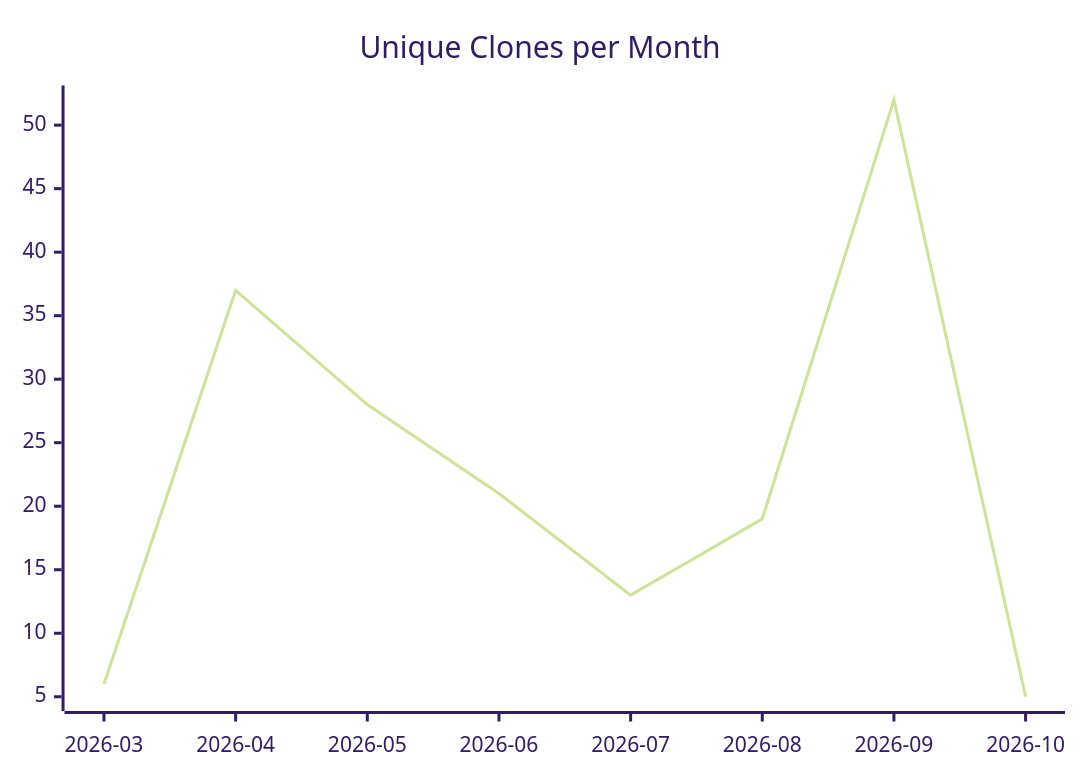
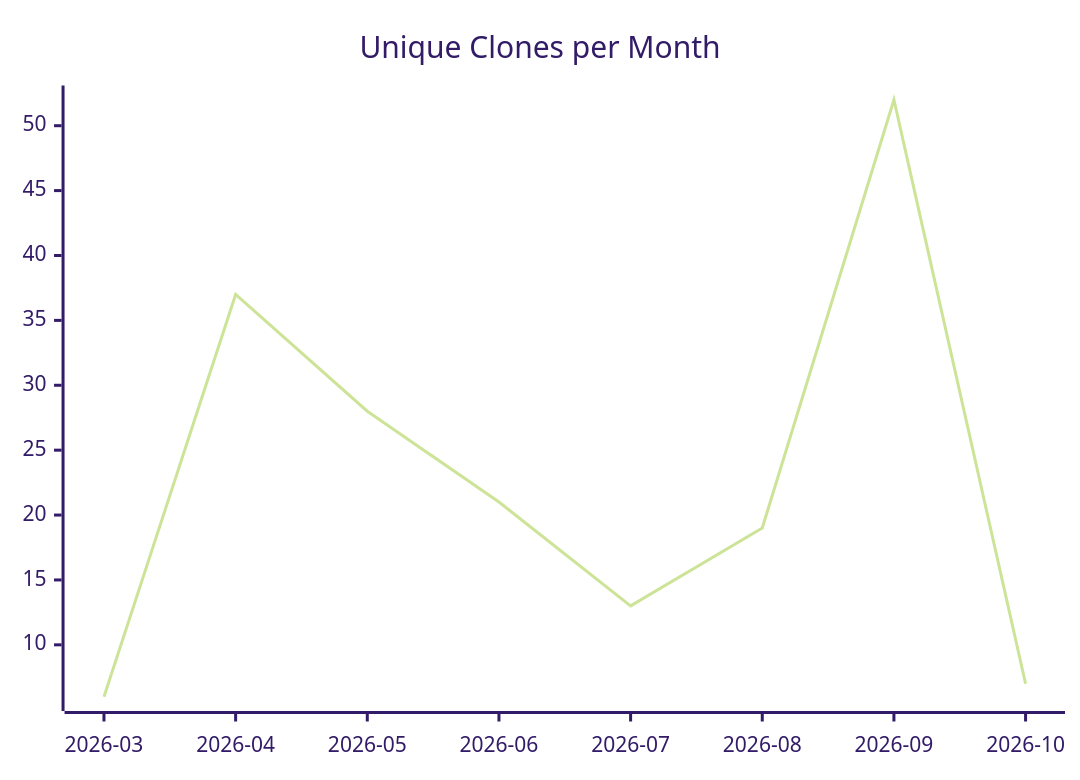
Before and after one commit to justdavis-family/github-analytics-data: the third of 3 diagrams in karlmdavis/ansible-role-jenkins2/README.md, drawn with Mermaid (forest theme). The commit also changed other lines of this file and 203 other files, not shown here.

````diff
--- a/karlmdavis/ansible-role-jenkins2/README.md
+++ b/karlmdavis/ansible-role-jenkins2/README.md
@@ -19,6 +19,6 @@
 ```mermaid
 xychart-beta
   title "Unique Clones per Month"
   x-axis ["2026-03", "2026-04", "2026-05", "2026-06", "2026-07", "2026-08", "2026-09", "2026-10"]
-  line [6, 37, 28, 21, 13, 19, 52, 5]
+  line [6, 37, 28, 21, 13, 19, 52, 7]
 ```
````
